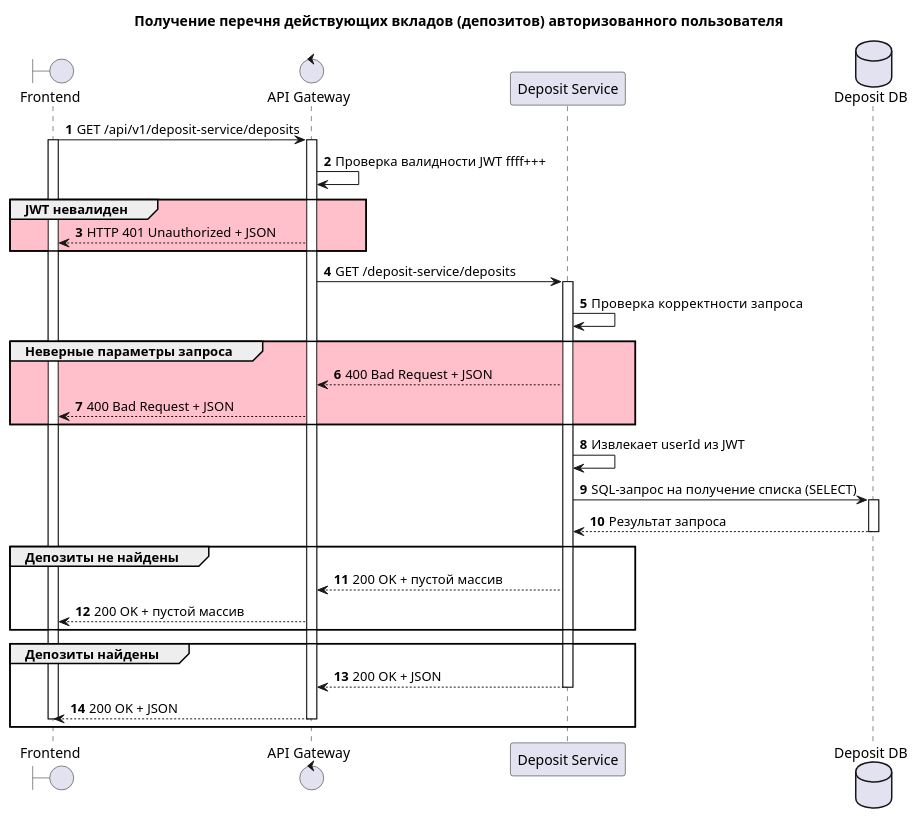
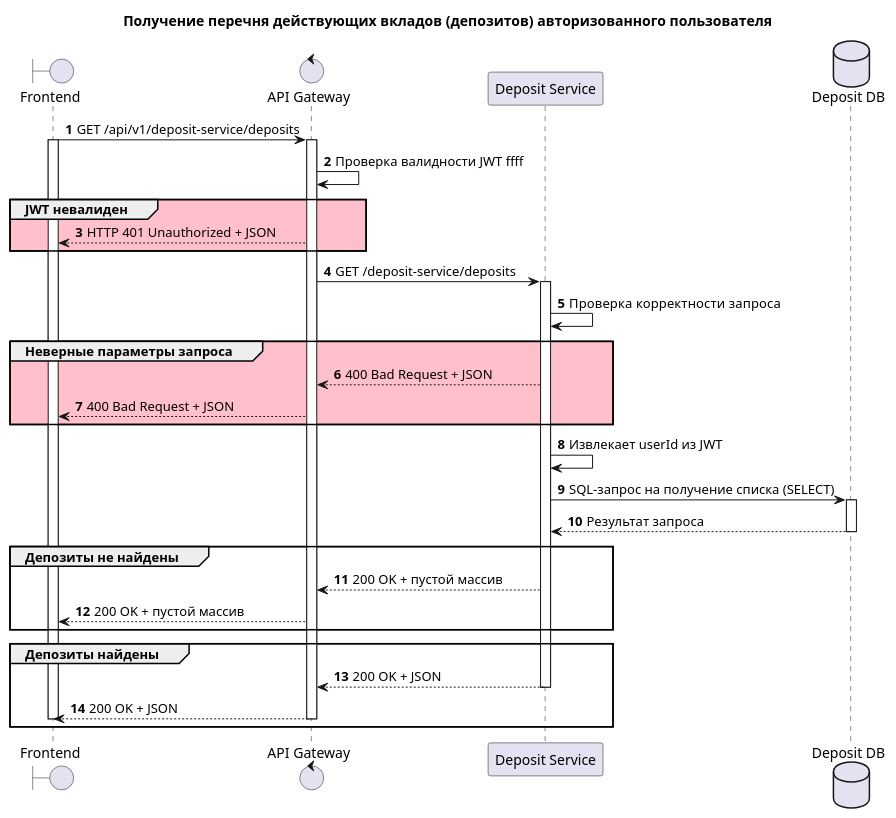
The diagram in UML.puml (bulletth20-AND/Deposit-Service), drawn with PlantUML before and after one commit.

```diff
--- a/UML.puml
+++ b/UML.puml
@@ -1,43 +1,43 @@
 @startuml
 
 title Получение перечня действующих вкладов (депозитов) авторизованного пользователя
 
 boundary "Frontend" as front
 control "API Gateway" as api
 participant "Deposit Service" as deposit
 database "Deposit DB" as db
 
 autonumber
 
 front -> api ++ : GET /api/v1/deposit-service/deposits
 activate front
-api -> api: Проверка валидности JWT ffff+++
+api -> api: Проверка валидности JWT ffff
 
 group #pink JWT невалиден
 api --> front: HTTP 401 Unauthorized + JSON
 end
 
 api -> deposit ++ : GET /deposit-service/deposits
 deposit -> deposit : Проверка  корректности запроса
 
 group #Pink Неверные параметры запроса 
 deposit --> api:  400 Bad Request + JSON 
 api --> front:  400 Bad Request + JSON 
 end
 
 deposit -> deposit: Извлекает userId из JWT
 deposit -> db++: SQL-запрос на получение списка (SELECT) 
 db --> deposit--: Результат запроса
 
 
 group Депозиты не найдены
 deposit --> api:  200 OK + пустой массив
 api --> front:  200 OK + пустой массив
 end
 group Депозиты найдены
 deposit --> api --:  200 OK + JSON
 api --> front --:  200 OK + JSON
 deactivate front
 end
 
 @enduml
```
